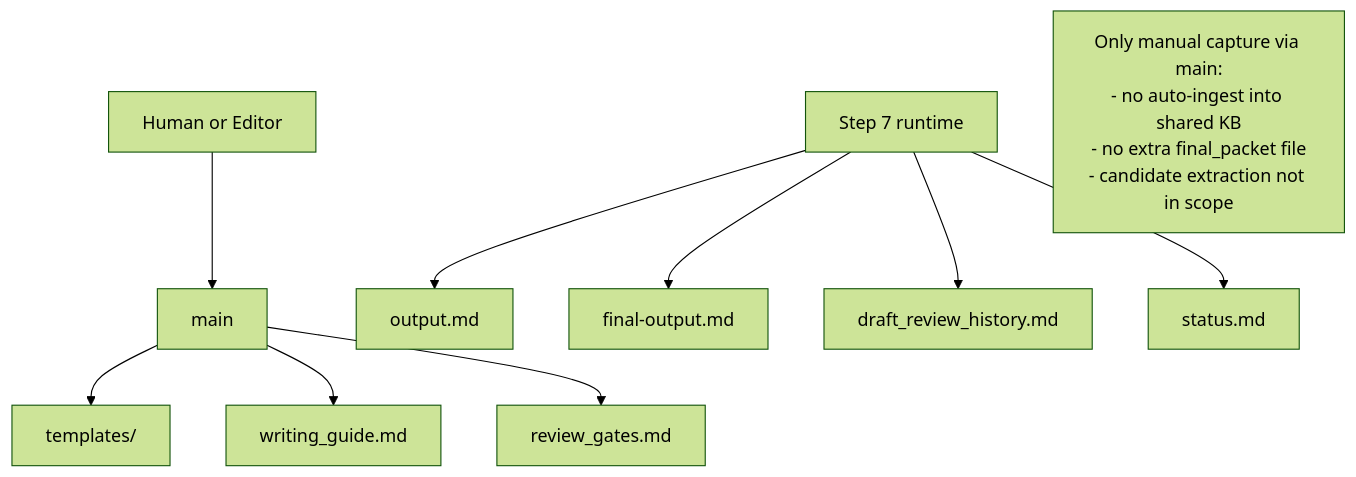
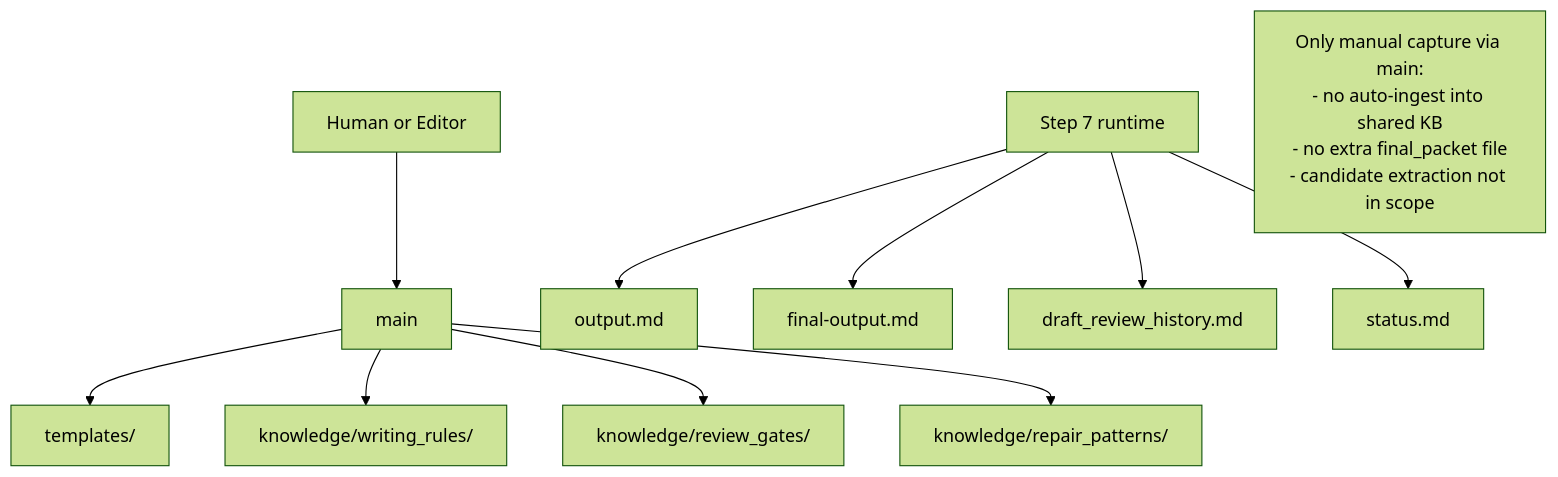
One commit to Jim0xff/deepflow-singularity changed the fourth of 4 diagrams in docs/SINGULARITY_STEP7_KNOWLEDGE_LOADING.md. Above: the diagram before and after it, drawn with Mermaid (forest theme). The commit also changed other lines of this file and 3 other files, not shown here.

````diff
--- a/docs/SINGULARITY_STEP7_KNOWLEDGE_LOADING.md
+++ b/docs/SINGULARITY_STEP7_KNOWLEDGE_LOADING.md
@@ -173,14 +176,15 @@
 ```mermaid
 flowchart TD
   H["Human or Editor"] --> M["main"]
   M --> T["templates/"]
-  M --> W["writing_guide.md"]
-  M --> G["review_gates.md"]
+  M --> W["knowledge/writing_rules/"]
+  M --> G["knowledge/review_gates/"]
+  M --> RP["knowledge/repair_patterns/"]
 
   RUNTIME["Step 7 runtime"] --> O["output.md"]
   RUNTIME --> F["final-output.md"]
   RUNTIME --> D["draft_review_history.md"]
   RUNTIME --> S["status.md"]
 
   NOTE["Only manual capture via main:<br/>- no auto-ingest into shared KB<br/>- no extra final_packet file<br/>- candidate extraction not in scope"]
 ```
````
